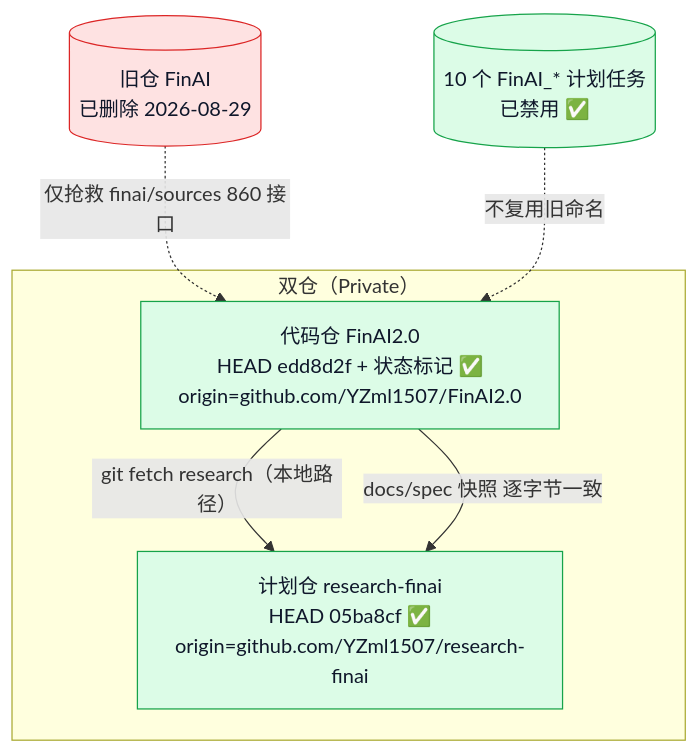
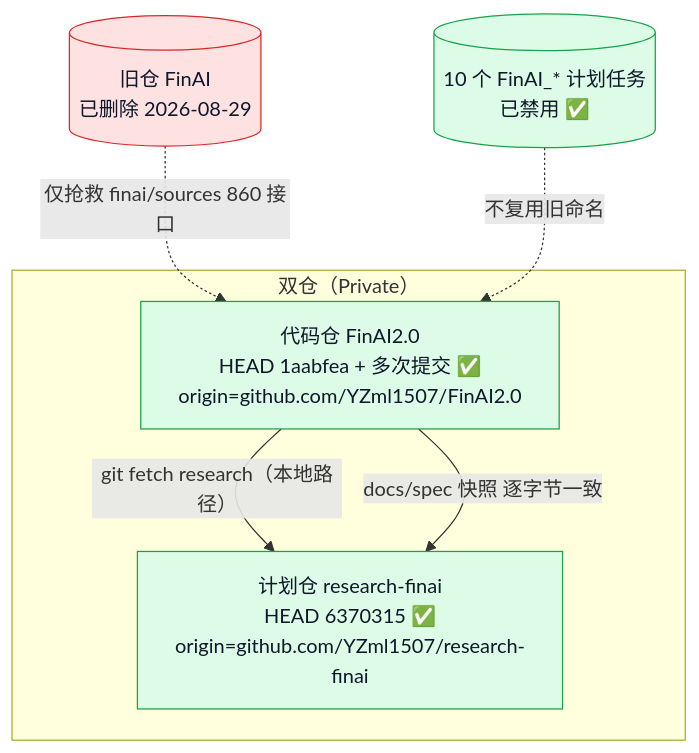
Before and after one commit to YZml1507/FinAI2.0: the first of 6 diagrams in docs/project_status_flowchart.md, drawn with Mermaid. The commit also changed other lines of this file and 3 other files, not shown here.

Commit message:
docs: Phase 3.5 状态标记 — CLAUDE.md G4.5 门禁通过 + 流程图同步（T309-T313 全清零 / 524 测试基线 / Phase 4 解锁待 T312）

````diff
--- a/docs/project_status_flowchart.md
+++ b/docs/project_status_flowchart.md
@@ -9,17 +9,17 @@
 ```mermaid
 flowchart TD
   subgraph REPO["双仓（Private）"]
-    F[代码仓 FinAI2.0<br/>HEAD edd8d2f + 状态标记 ✅<br/>origin=github.com/YZml1507/FinAI2.0] 
-    R[计划仓 research-finai<br/>HEAD 05ba8cf ✅<br/>origin=github.com/YZml1507/research-finai]
+    F[代码仓 FinAI2.0<br/>HEAD 1aabfea + 多次提交 ✅<br/>origin=github.com/YZml1507/FinAI2.0] 
+    R[计划仓 research-finai<br/>HEAD 6370315 ✅<br/>origin=github.com/YZml1507/research-finai]
     F -->|git fetch research（本地路径）| R
     F -->|docs/spec 快照 逐字节一致| R
   end
   DEL[(旧仓 FinAI<br/>已删除 2026-08-29)]
   TASK[(10 个 FinAI_* 计划任务<br/>已禁用 ✅)]
   DEL -.->|仅抢救 finai/sources 860 接口| F
   TASK -.->|不复用旧命名| F
   style F fill:#dcfce7,stroke:#16a34a,color:#0f172a
   style R fill:#dcfce7,stroke:#16a34a,color:#0f172a
   style DEL fill:#fee2e2,stroke:#dc2626,color:#0f172a
   style TASK fill:#dcfce7,stroke:#16a34a,color:#0f172a
 ```
````
